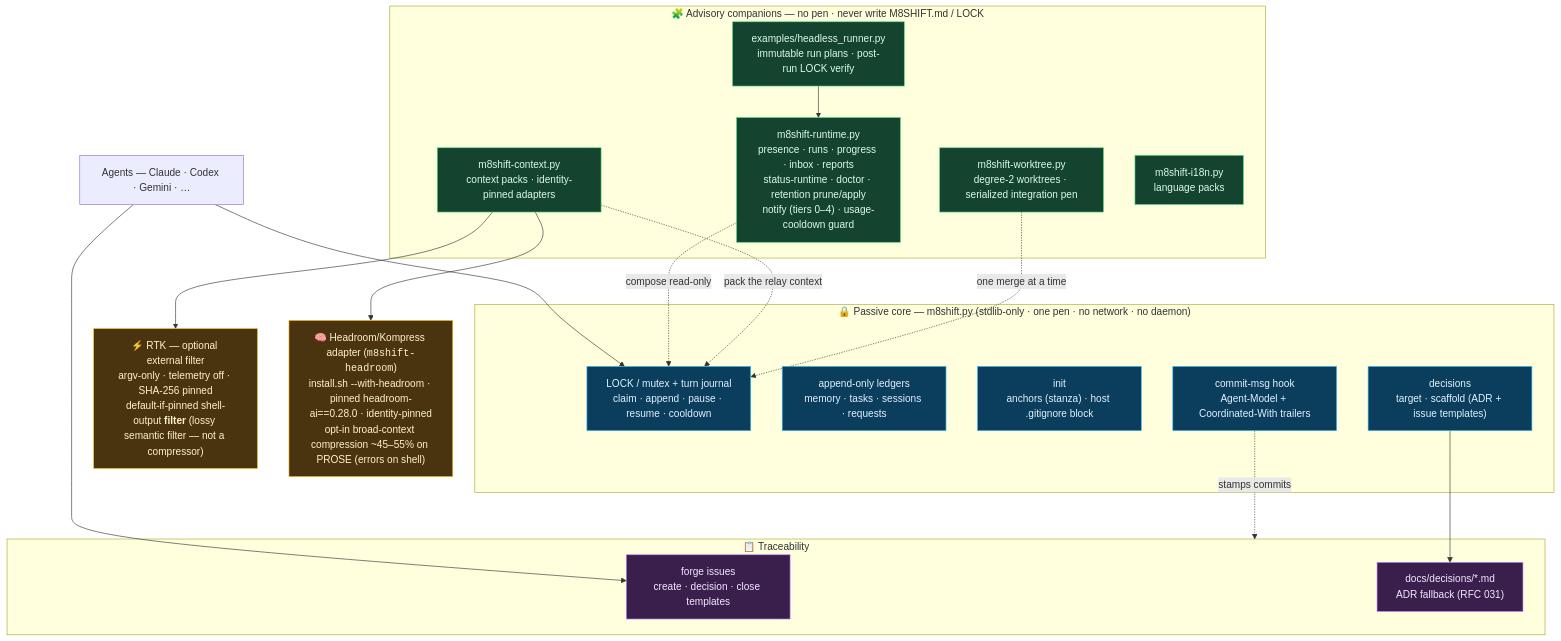
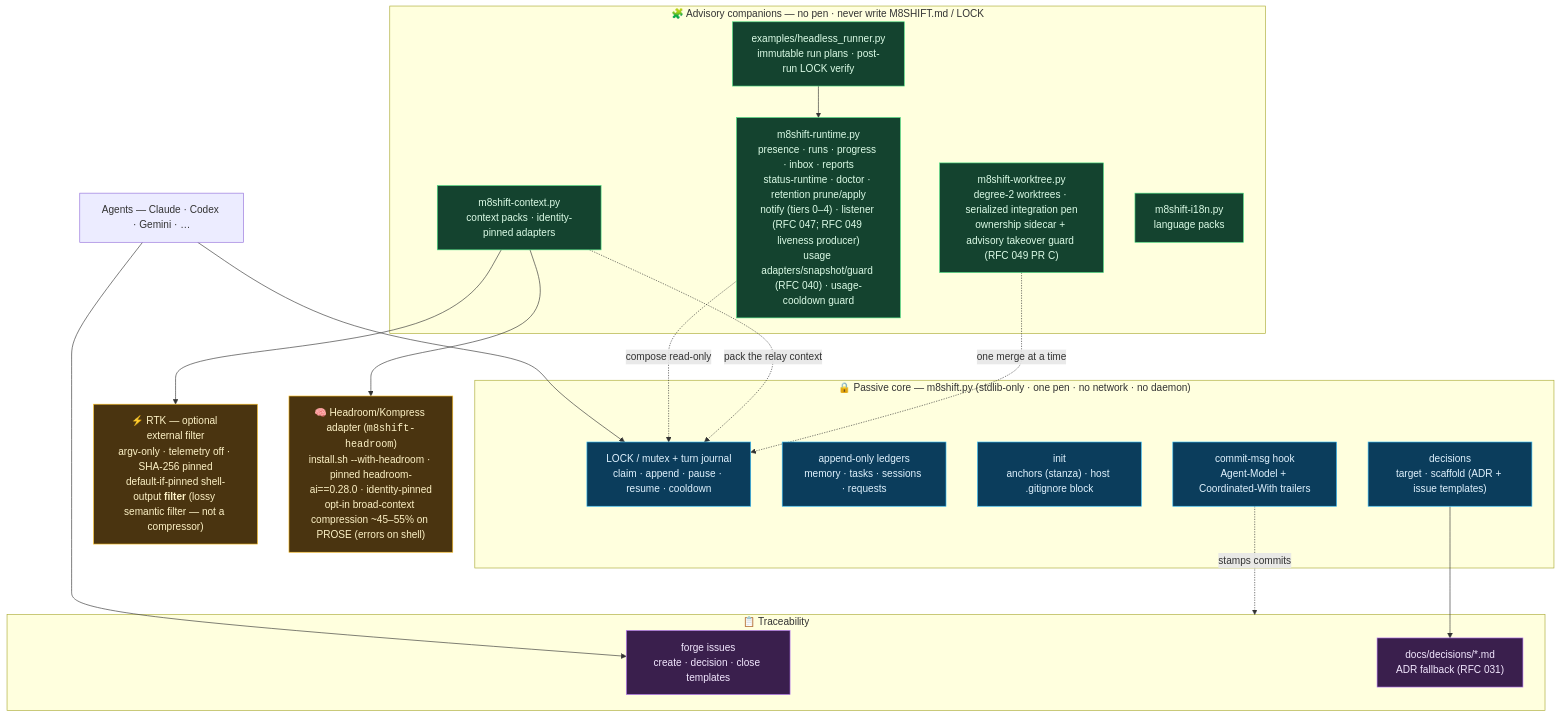
The fifth of 8 diagrams in docs/en/architecture.md (M8Shift/M8Shift), drawn with Mermaid before and after one commit. The commit also changed other lines of this file and 4 other files, not shown here.

Commit message:
docs(release): align usage RFC and version gate for v3.57.0

````diff
--- a/docs/en/architecture.md
+++ b/docs/en/architecture.md
@@ -172,48 +193,48 @@
 ```mermaid
 flowchart TB
     classDef core fill:#0b3d5c,stroke:#38bdf8,color:#e0f2fe;
     classDef companion fill:#14432f,stroke:#4ade80,color:#dcfce7;
     classDef external fill:#4a3410,stroke:#fbbf24,color:#fef3c7;
     classDef forge fill:#3a1f4d,stroke:#c084fc,color:#f3e8ff;
 
     AG["Agents — Claude · Codex · Gemini · …"]
 
     subgraph CORE["🔒 Passive core — m8shift.py (stdlib-only · one pen · no network · no daemon)"]
         LOCK["LOCK / mutex + turn journal<br/>claim · append · pause · resume · cooldown"]
         LEDG["append-only ledgers<br/>memory · tasks · sessions · requests"]
         INIT["init<br/>anchors (stanza) · host .gitignore block"]
         DEC["decisions<br/>target · scaffold (ADR + issue templates)"]
         HOOK["commit-msg hook<br/>Agent-Model + Coordinated-With trailers"]
     end
     class LOCK,LEDG,INIT,DEC,HOOK core
 
     subgraph COMP["🧩 Advisory companions — no pen · never write M8SHIFT.md / LOCK"]
-        RT["m8shift-runtime.py<br/>presence · runs · progress · inbox · reports<br/>status-runtime · doctor · retention prune/apply<br/>notify (tiers 0–4) · usage-cooldown guard"]
+        RT["m8shift-runtime.py<br/>presence · runs · progress · inbox · reports<br/>status-runtime · doctor · retention prune/apply<br/>notify (tiers 0–4) · listener (RFC 047; RFC 049 liveness producer)<br/>usage adapters/snapshot/guard (RFC 040) · usage-cooldown guard"]
         CX["m8shift-context.py<br/>context packs · identity-pinned adapters"]
-        WT["m8shift-worktree.py<br/>degree-2 worktrees · serialized integration pen"]
+        WT["m8shift-worktree.py<br/>degree-2 worktrees · serialized integration pen<br/>ownership sidecar + advisory takeover guard (RFC 049 PR C)"]
         I18["m8shift-i18n.py<br/>language packs"]
         HR["examples/headless_runner.py<br/>immutable run plans · post-run LOCK verify"]
     end
     class RT,CX,WT,I18,HR companion
 
     RTK["⚡ RTK — optional external filter<br/>argv-only · telemetry off · SHA-256 pinned<br/>default-if-pinned shell-output <b>filter</b> (lossy semantic filter — not a compressor)"]
     HD["🧠 Headroom/Kompress adapter (<code>m8shift-headroom</code>)<br/>install.sh --with-headroom · pinned headroom-ai==0.28.0 · identity-pinned<br/>opt-in broad-context compression ~45–55% on PROSE (errors on shell)"]
     class RTK,HD external
 
     subgraph TRACE["📋 Traceability"]
         ISS["forge issues<br/>create · decision · close templates"]
         ADR["docs/decisions/*.md<br/>ADR fallback (RFC 031)"]
     end
     class ISS,ADR forge
 
     AG --> LOCK
     AG --> ISS
     RT -. "compose read-only" .-> LOCK
     CX -. "pack the relay context" .-> LOCK
     CX --> RTK
     CX --> HD
     WT -. "one merge at a time" .-> LOCK
     HR --> RT
     DEC --> ADR
     HOOK -. "stamps commits" .-> TRACE
 ```
````
